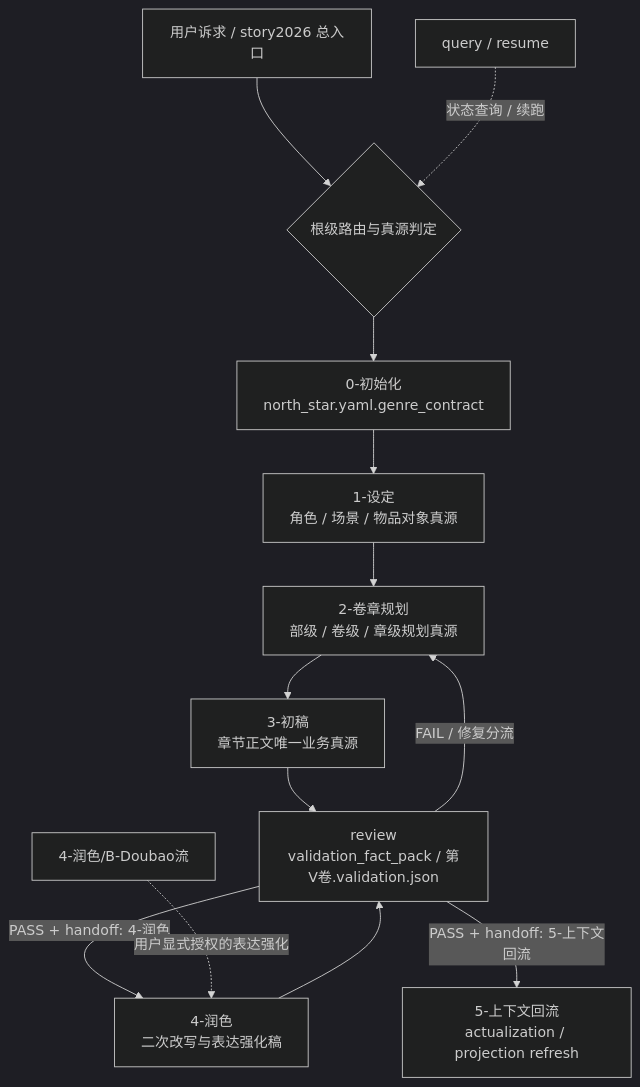
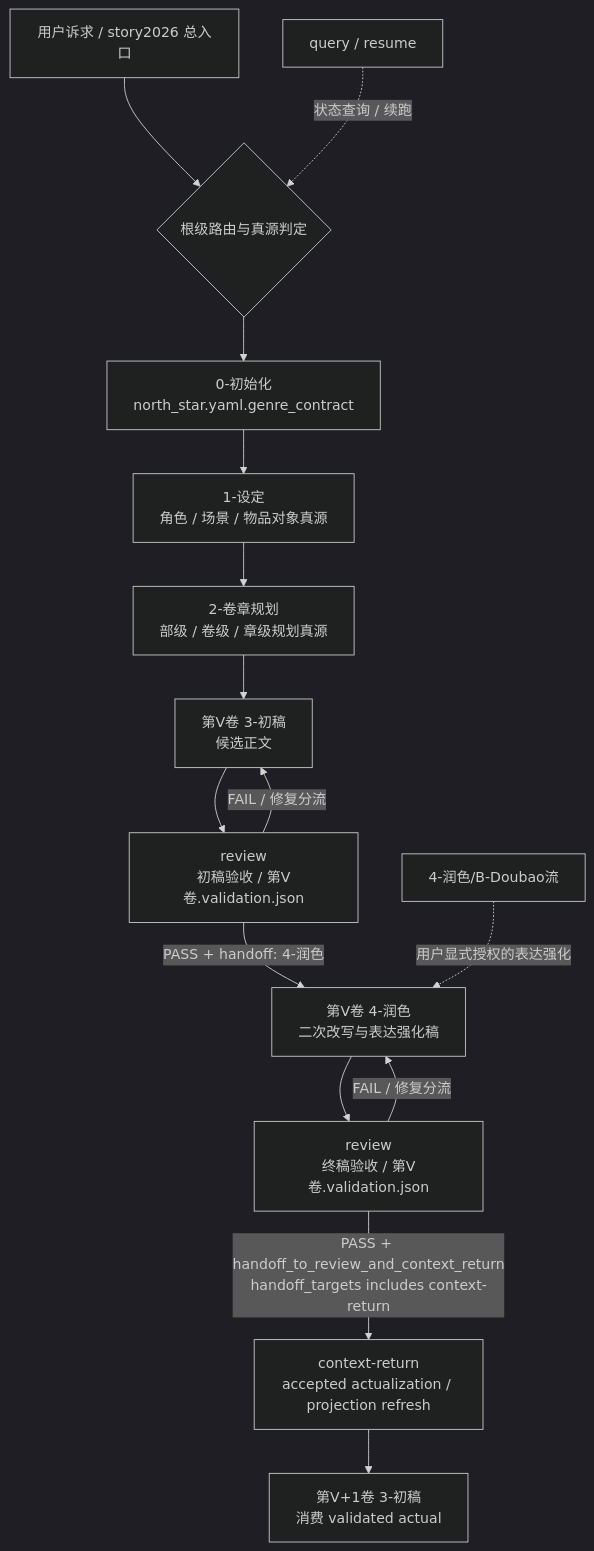
One commit to ZEN-VOID/AI-CUT changed the diagram in .agents/skills/story/SKILL.md. Above: the diagram before and after it, drawn with Mermaid (dark theme). The commit also changed other lines of this file and 92 other files, not shown here.

````diff
--- a/.agents/skills/story/SKILL.md
+++ b/.agents/skills/story/SKILL.md
@@ -109,15 +130,17 @@
 ```mermaid
 flowchart TD
     A["用户诉求 / story2026 总入口"] --> B{"根级路由与真源判定"}
     B --> C["0-初始化<br/>north_star.yaml.genre_contract"]
     C --> D["1-设定<br/>角色 / 场景 / 物品对象真源"]
     D --> E["2-卷章规划<br/>部级 / 卷级 / 章级规划真源"]
-    E --> F["3-初稿<br/>章节正文唯一业务真源"]
-    F --> G["review<br/>validation_fact_pack / 第V卷.validation.json"]
-    G -->|"FAIL / 修复分流"| E
-    G -->|"PASS + handoff: 4-润色"| H["4-润色<br/>二次改写与表达强化稿"]
-    H --> G
-    G -->|"PASS + handoff: 5-上下文回流"| I["5-上下文回流<br/>actualization / projection refresh"]
+    E --> F["第V卷 3-初稿<br/>候选正文"]
+    F --> G1["review<br/>初稿验收 / 第V卷.validation.json"]
+    G1 -->|"FAIL / 修复分流"| F
+    G1 -->|"PASS + handoff: 4-润色"| H["第V卷 4-润色<br/>二次改写与表达强化稿"]
+    H --> G2["review<br/>终稿验收 / 第V卷.validation.json"]
+    G2 -->|"FAIL / 修复分流"| H
+    G2 -->|"PASS + handoff_to_review_and_context_return<br/>handoff_targets includes context-return"| I["context-return<br/>accepted actualization / projection refresh"]
+    I --> L["第V+1卷 3-初稿<br/>消费 validated actual"]
     J["query / resume"] -.状态查询 / 续跑.-> B
     K["4-润色/B-Doubao流"] -.用户显式授权的表达强化.-> H
 ```
````
